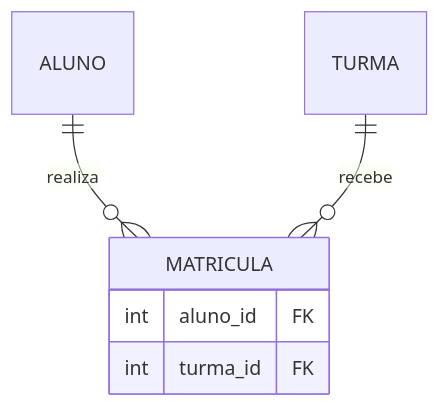
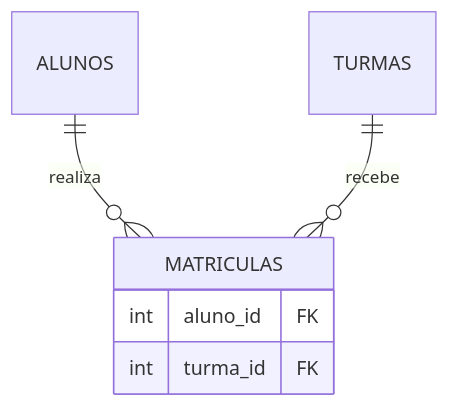
Before and after one commit to GTI-Fatec-Jahu/BDA-GTI-2026-2: the sixth of 8 diagrams in docs/aulas/Aula_03_Gabarito.md, drawn with Mermaid. The commit also changed other lines of this file and 5 other files, not shown here.

````diff
--- a/docs/aulas/Aula_03_Gabarito.md
+++ b/docs/aulas/Aula_03_Gabarito.md
@@ -186,11 +186,11 @@
 ```mermaid
 erDiagram
-    ALUNO { }
-    TURMA { }
-    MATRICULA {
+    ALUNOS { }
+    TURMAS { }
+    MATRICULAS {
         int aluno_id FK
         int turma_id FK
     }
-    ALUNO ||--o{ MATRICULA : "realiza"
-    TURMA ||--o{ MATRICULA : "recebe"
+    ALUNOS ||--o{ MATRICULAS : "realiza"
+    TURMAS ||--o{ MATRICULAS : "recebe"
 ```
````
